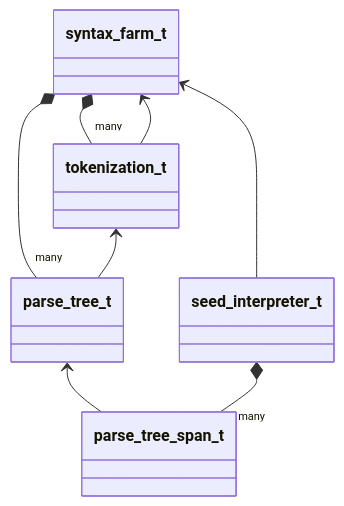
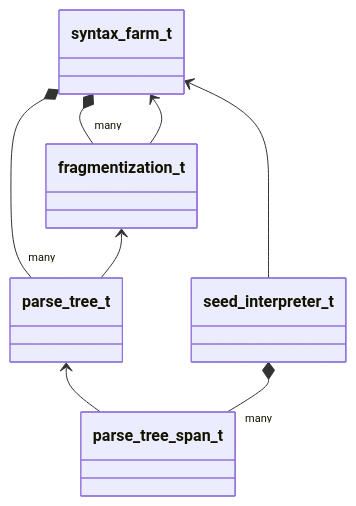
One commit to TobyBrull/silva changed the diagram in cpp/syntax/readme.md. Above: the diagram before and after it, drawn with Mermaid. The commit also changed other lines of this file and 3 other files, not shown here.

````diff
--- a/cpp/syntax/readme.md
+++ b/cpp/syntax/readme.md
@@ -18,10 +15,10 @@
 ```mermaid
 classDiagram
-    syntax_farm_t *-- "many" tokenization_t
+    syntax_farm_t *-- "many" fragmentization_t
     syntax_farm_t *-- "many" parse_tree_t
-    syntax_farm_t <-- tokenization_t
-    tokenization_t <-- parse_tree_t
+    syntax_farm_t <-- fragmentization_t
+    fragmentization_t <-- parse_tree_t
     parse_tree_t <-- parse_tree_span_t
     seed_interpreter_t *-- "many" parse_tree_span_t
     syntax_farm_t <-- seed_interpreter_t
 ```
````
